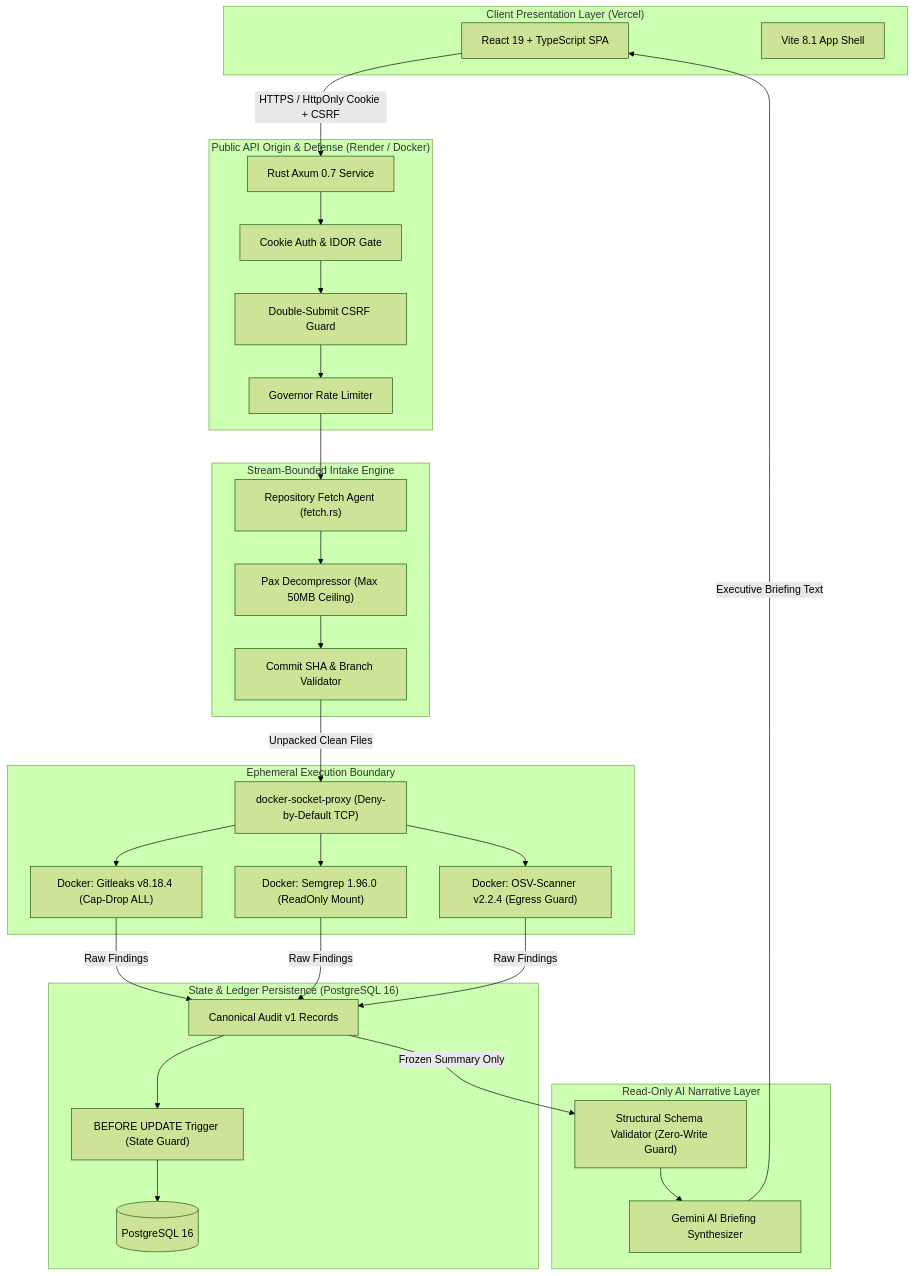
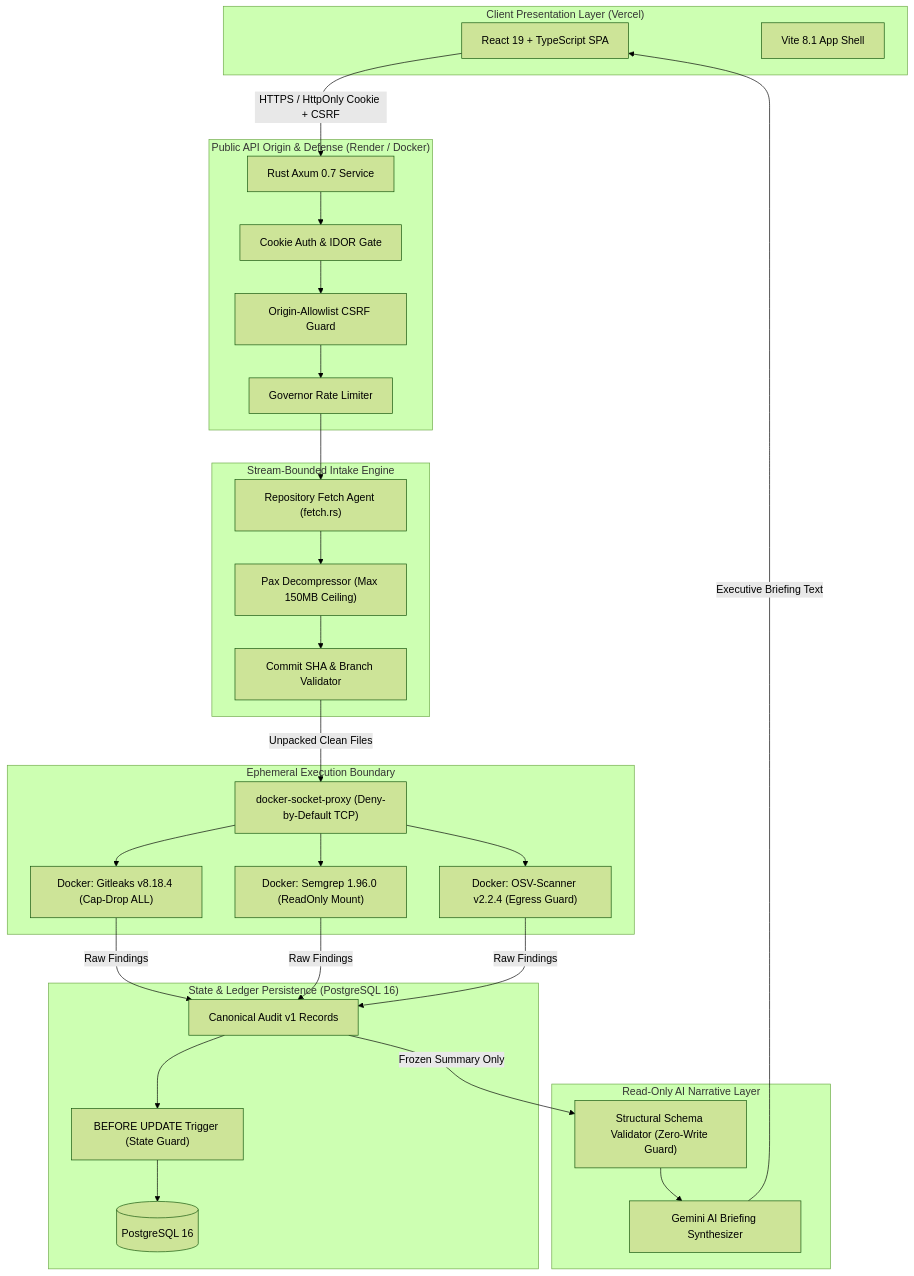
Before and after one commit to johan-droid/Fire-Crow-: the diagram in README.md, drawn with Mermaid (forest theme). The commit also changed other lines of this file and 104 other files, not shown here.

````diff
--- a/README.md
+++ b/README.md
@@ -106,56 +106,56 @@
 ```mermaid
 flowchart TD
     subgraph Client ["Client Presentation Layer (Vercel)"]
         SPA["React 19 + TypeScript SPA"]
         Vite["Vite 8.1 App Shell"]
     end
 
     subgraph Gateway ["Public API Origin & Defense (Render / Docker)"]
         Axum["Rust Axum 0.7 Service"]
         MW_Auth["Cookie Auth & IDOR Gate"]
-        MW_CSRF["Double-Submit CSRF Guard"]
+        MW_CSRF["Origin-Allowlist CSRF Guard"]
         MW_Rate["Governor Rate Limiter"]
     end
 
     subgraph Intake ["Stream-Bounded Intake Engine"]
         FetchAgent["Repository Fetch Agent (fetch.rs)"]
-        DecompGuard["Pax Decompressor (Max 50MB Ceiling)"]
+        DecompGuard["Pax Decompressor (Max 150MB Ceiling)"]
         SHAGuard["Commit SHA & Branch Validator"]
     end
 
     subgraph Sandbox ["Ephemeral Execution Boundary"]
         Proxy["docker-socket-proxy (Deny-by-Default TCP)"]
         C_Gitleaks["Docker: Gitleaks v8.18.4 (Cap-Drop ALL)"]
         C_Semgrep["Docker: Semgrep 1.96.0 (ReadOnly Mount)"]
         C_OSV["Docker: OSV-Scanner v2.2.4 (Egress Guard)"]
     end
 
     subgraph DataStore ["State & Ledger Persistence (PostgreSQL 16)"]
         Postgres[(PostgreSQL 16)]
         Trigger["BEFORE UPDATE Trigger (State Guard)"]
         AuditLedger["Canonical Audit v1 Records"]
     end
 
     subgraph AI ["Read-Only AI Narrative Layer"]
         LLM["Gemini AI Briefing Synthesizer"]
         SchemaValidator["Structural Schema Validator (Zero-Write Guard)"]
     end
 
     %% Flow Connections
     SPA -- "HTTPS / HttpOnly Cookie + CSRF" --> Axum
     Axum --> MW_Auth --> MW_CSRF --> MW_Rate
     MW_Rate --> FetchAgent
     FetchAgent --> DecompGuard --> SHAGuard
     SHAGuard -- "Unpacked Clean Files" --> Proxy
 
     Proxy --> C_Gitleaks
     Proxy --> C_Semgrep
     Proxy --> C_OSV
 
     C_Gitleaks & C_Semgrep & C_OSV -- "Raw Findings" --> AuditLedger
     AuditLedger --> Trigger --> Postgres
 
     AuditLedger -- "Frozen Summary Only" --> SchemaValidator
     SchemaValidator --> LLM
     LLM -- "Executive Briefing Text" --> SPA
 ```
````
